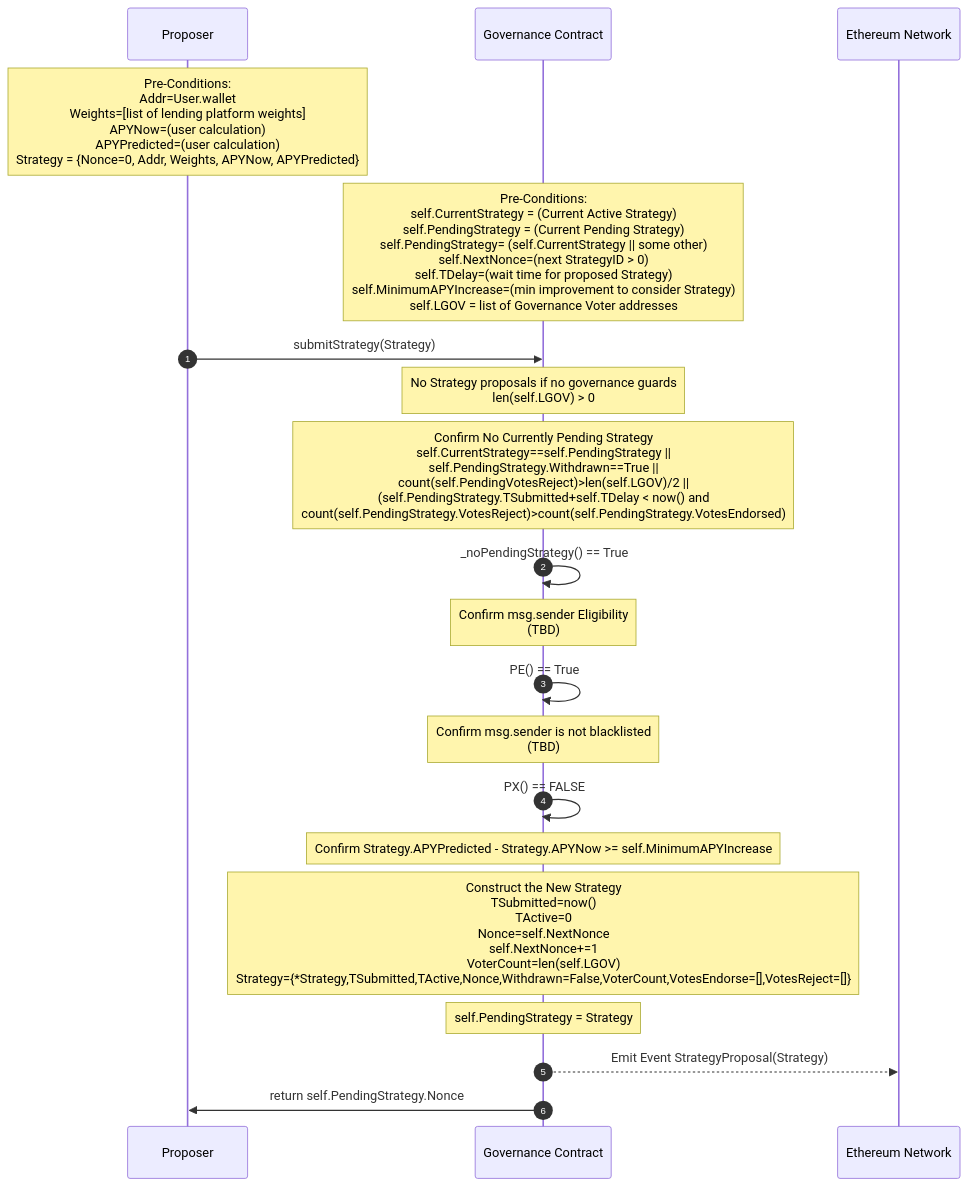
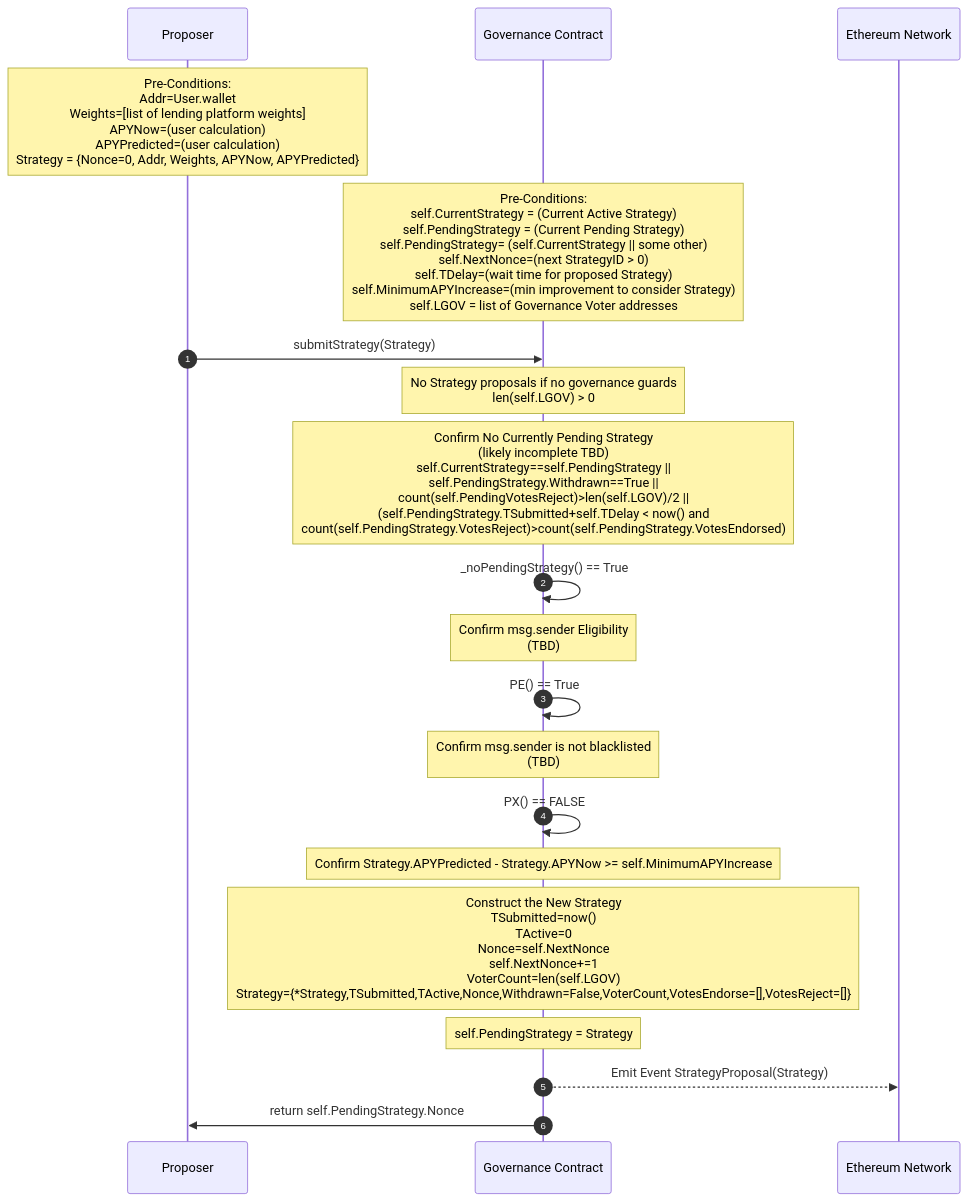
Before and after one commit to DynamoFinance/vault: the first of 8 diagrams in docs/Governance.md, drawn with Mermaid. The commit also changed other lines of this file, not shown here.

Commit message:
Reformatting sequence diagrams.

````diff
--- a/docs/Governance.md
+++ b/docs/Governance.md
@@ -65,34 +44,31 @@
 ```mermaid
 sequenceDiagram
 
     participant P as Proposer
     participant C1 as Governance Contract
     participant N as Ethereum Network
 
     autonumber
 
     Note over P: Pre-Conditions:<br>Addr=User.wallet<br>Weights=[list of lending platform weights]<br>APYNow=(user calculation)<br>APYPredicted=(user calculation)<br>Strategy = {Nonce=0, Addr, Weights, APYNow, APYPredicted}
     Note over C1: Pre-Conditions:<br>self.CurrentStrategy = (Current Active Strategy)<br> self.PendingStrategy = (Current Pending Strategy) <br> self.PendingStrategy= (self.CurrentStrategy || some other)<br>self.NextNonce=(next StrategyID > 0)<br>self.TDelay=(wait time for proposed Strategy)<br>self.MinimumAPYIncrease=(min improvement to consider Strategy)<br>self.LGOV = list of Governance Voter addresses
 
     P->>C1:submitStrategy(Strategy)
     Note over C1: No Strategy proposals if no governance guards <br> len(self.LGOV) > 0
-    Note over C1: Confirm No Currently Pending Strategy<br>self.CurrentStrategy==self.PendingStrategy ||<br>self.PendingStrategy.Withdrawn==True ||<br>count(self.PendingVotesReject)>len(self.LGOV)/2 ||<br>(self.PendingStrategy.TSubmitted+self.TDelay < now() and<br>count(self.PendingStrategy.VotesReject)>count(self.PendingStrategy.VotesEndorsed)
+    Note over C1: Confirm No Currently Pending Strategy<br>(likely incomplete TBD)<br>self.CurrentStrategy==self.PendingStrategy ||<br>self.PendingStrategy.Withdrawn==True ||<br>count(self.PendingVotesReject)>len(self.LGOV)/2 ||<br>(self.PendingStrategy.TSubmitted+self.TDelay < now() and<br>count(self.PendingStrategy.VotesReject)>count(self.PendingStrategy.VotesEndorsed)
     C1 ->> C1: _noPendingStrategy() == True
 
         Note over C1: Confirm msg.sender Eligibility<br>(TBD)
     C1->>C1:PE() == True
     Note over C1: Confirm msg.sender is not blacklisted<br>(TBD)
     C1->>C1:PX() == FALSE
 
     Note over C1: Confirm Strategy.APYPredicted - Strategy.APYNow >= self.MinimumAPYIncrease
 
     Note over C1: Construct the New Strategy<br>TSubmitted=now()<br>TActive=0<br>Nonce=self.NextNonce<br>self.NextNonce+=1<br>VoterCount=len(self.LGOV)<br>Strategy={*Strategy,TSubmitted,TActive,Nonce,Withdrawn=False,VoterCount,VotesEndorse=[],VotesReject=[]}
     Note Over C1: self.PendingStrategy = Strategy
 
-    
-
-
     C1-->>N: Emit Event StrategyProposal(Strategy)
 
     C1->>P: return self.PendingStrategy.Nonce
 ```
````
